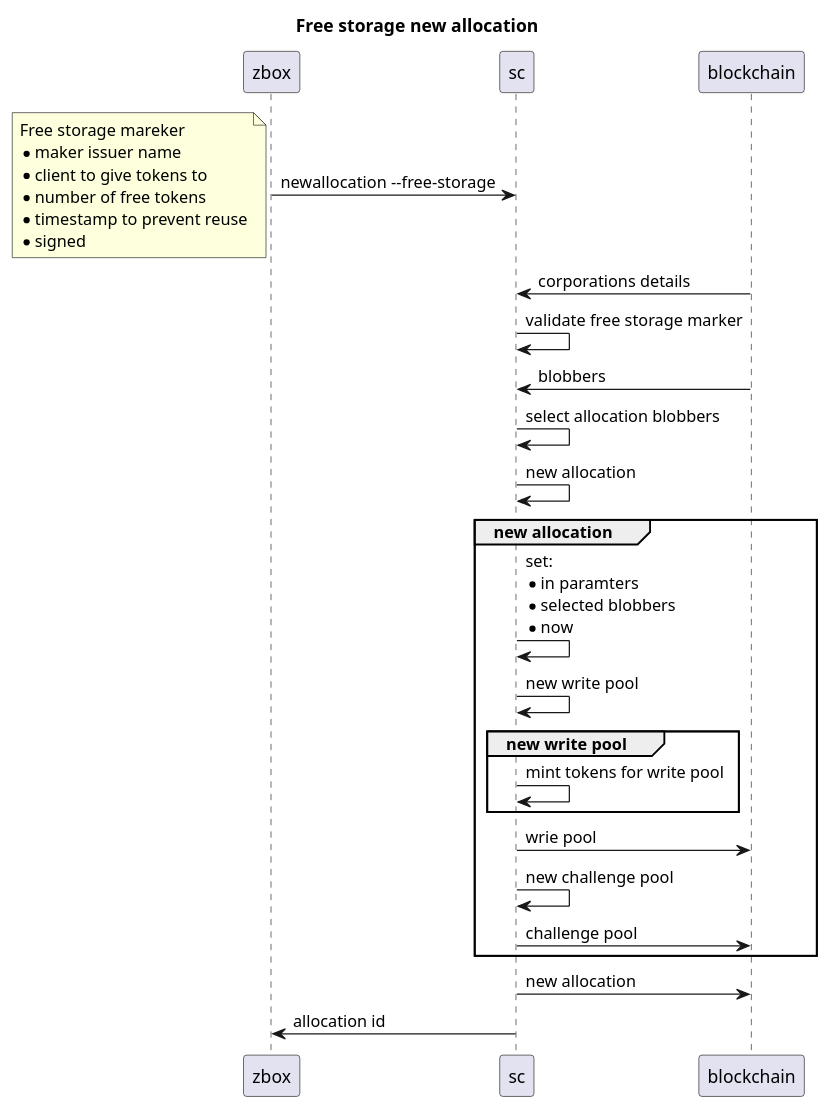
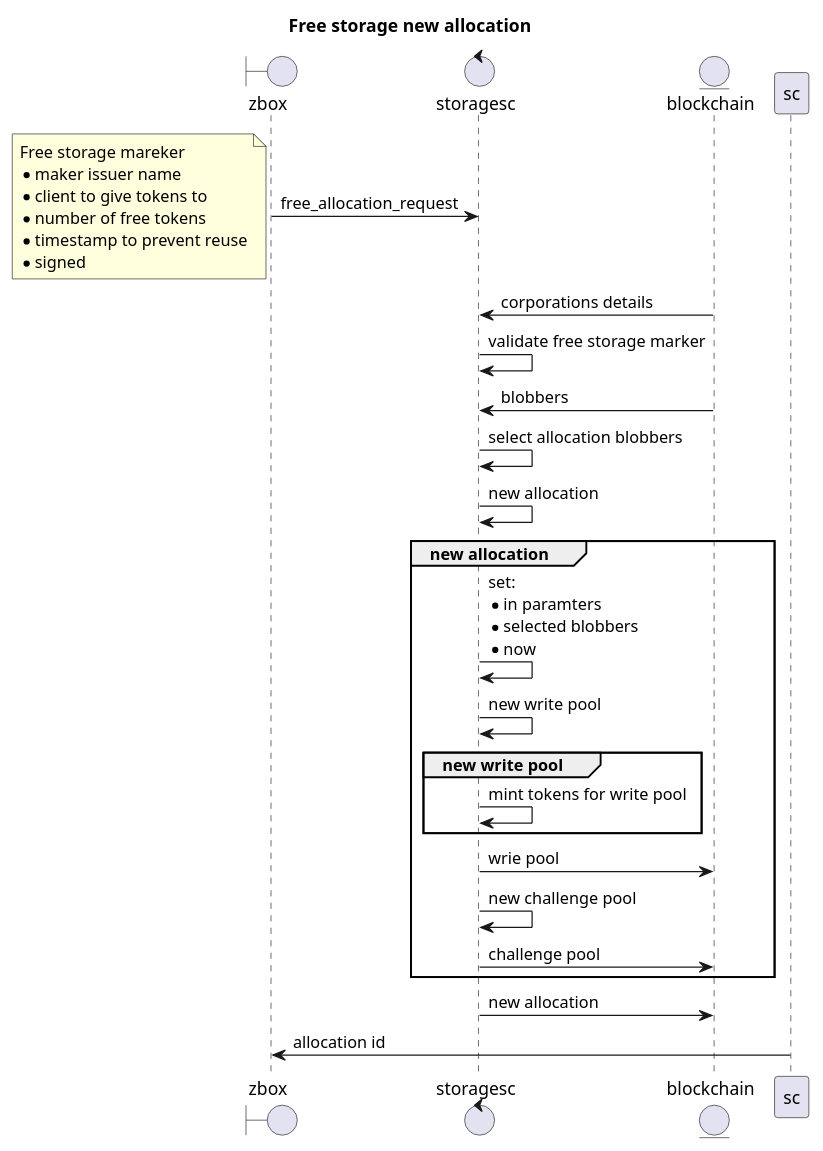
Diagram 22 of 32 in documents/uml.md (0chain/zboxcli), drawn with PlantUML before and after one commit. The commit also changed other lines of this file and 1 other file, not shown here.

````diff
--- a/documents/uml.md
+++ b/documents/uml.md
@@ -489,29 +489,32 @@
  ```puml
 title Free storage new allocation
-zbox -> sc : newallocation --free-storage
+boundary zbox
+control storagesc
+entity blockchain
+zbox ->storagesc: free_allocation_request
 note left
     Free storage mareker
     * maker issuer name
     * client to give tokens to
     * number of free tokens     
     * timestamp to prevent reuse
     * signed
 end note       
-    sc <- blockchain : corporations details
-    sc -> sc : validate free storage marker
-    blockchain -> sc : blobbers
-    sc -> sc : select allocation blobbers
-    sc -> sc : new allocation
+   storagesc<- blockchain : corporations details
+   storagesc->storagesc: validate free storage marker
+    blockchain ->storagesc: blobbers
+   storagesc->storagesc: select allocation blobbers
+   storagesc->storagesc: new allocation
     group new allocation
-        sc -> sc : set:\n* in paramters\n* selected blobbers\n* now
-        sc -> sc : new write pool
+       storagesc->storagesc: set:\n* in paramters\n* selected blobbers\n* now
+       storagesc->storagesc: new write pool
         group new write pool
-            sc -> sc : mint tokens for write pool
+           storagesc->storagesc: mint tokens for write pool
         end 
-        sc -> blockchain : wrie pool
-        sc -> sc : new challenge pool    
-        sc -> blockchain : challenge pool    
+       storagesc-> blockchain : wrie pool
+       storagesc->storagesc: new challenge pool    
+       storagesc-> blockchain : challenge pool    
     end
-    sc -> blockchain : new allocation
+   storagesc-> blockchain : new allocation
 sc -> zbox : allocation id 
 ```
````
